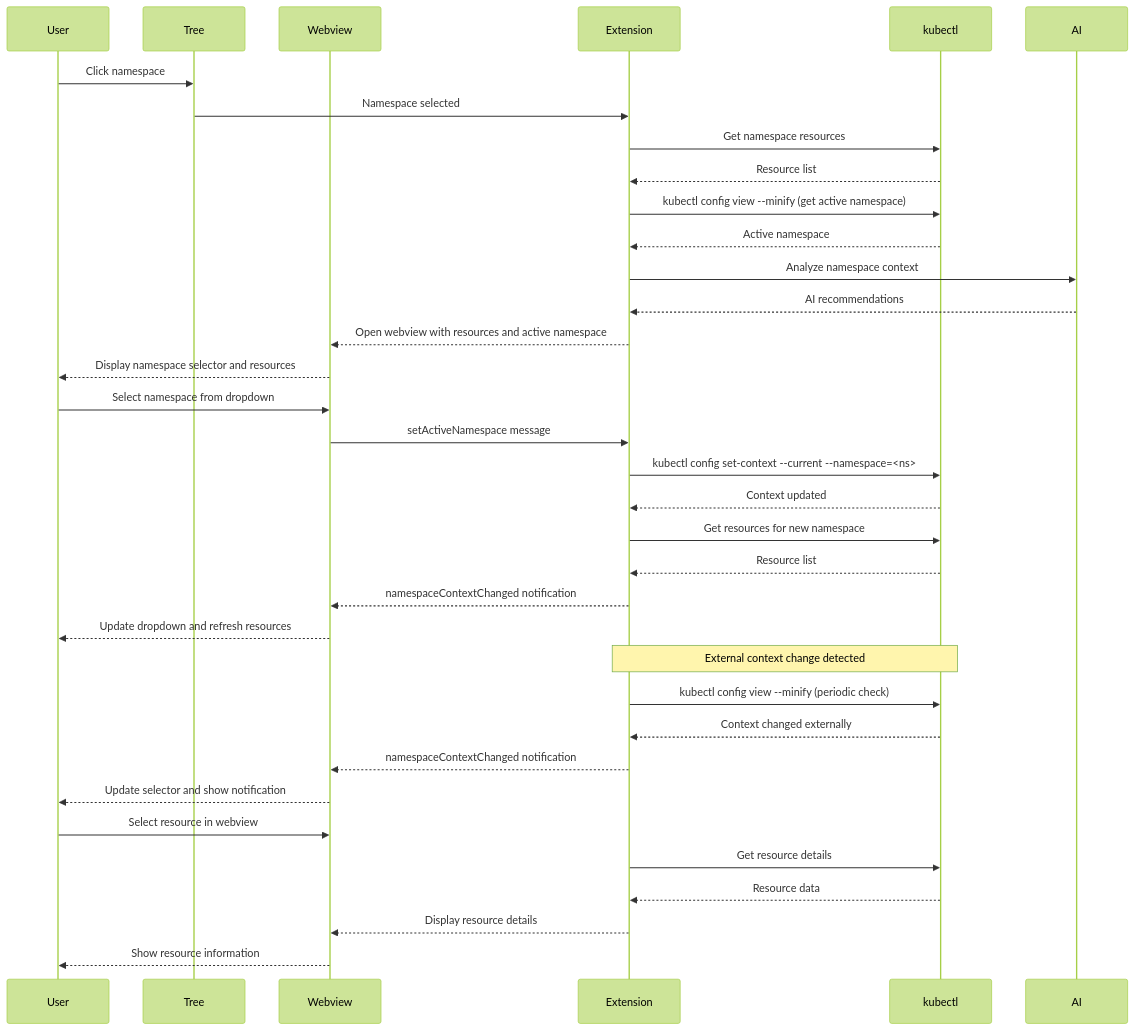
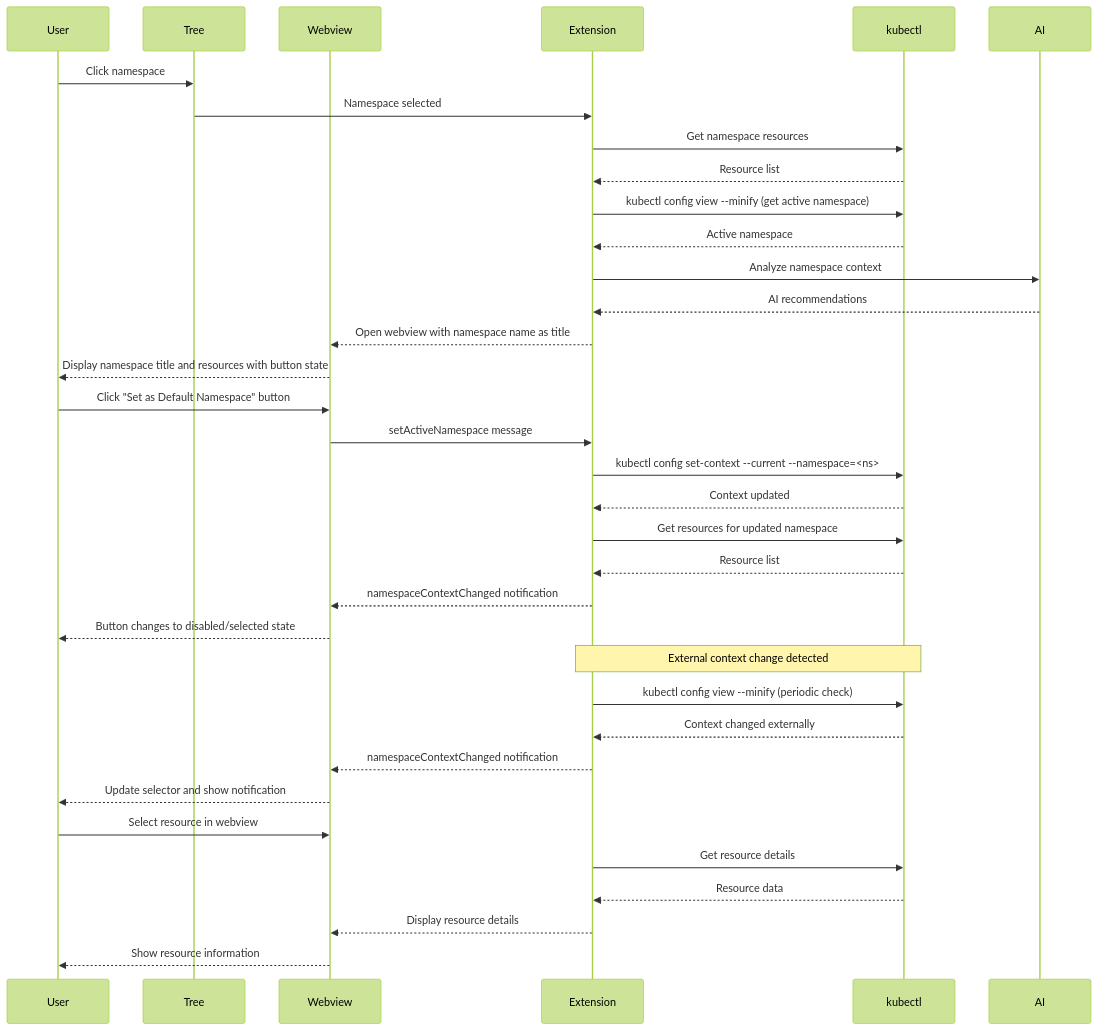
The second of 2 diagrams in ai/specs/webview/webview-spec.spec.md (alto9/kandy), drawn with Mermaid (forest theme) before and after one commit. The commit also changed other lines of this file and 14 other files, not shown here.

````diff
--- a/ai/specs/webview/webview-spec.spec.md
+++ b/ai/specs/webview/webview-spec.spec.md
@@ -47,41 +49,41 @@
 ```mermaid
 sequenceDiagram
     participant User
     participant Tree
     participant Webview
     participant Extension
     participant kubectl
     participant AI
 
     User->>Tree: Click namespace
     Tree->>Extension: Namespace selected
     Extension->>kubectl: Get namespace resources
     kubectl-->>Extension: Resource list
     Extension->>kubectl: kubectl config view --minify (get active namespace)
     kubectl-->>Extension: Active namespace
     Extension->>AI: Analyze namespace context
     AI-->>Extension: AI recommendations
-    Extension-->>Webview: Open webview with resources and active namespace
-    Webview-->>User: Display namespace selector and resources
+    Extension-->>Webview: Open webview with namespace name as title
+    Webview-->>User: Display namespace title and resources with button state
     
-    User->>Webview: Select namespace from dropdown
+    User->>Webview: Click "Set as Default Namespace" button
     Webview->>Extension: setActiveNamespace message
     Extension->>kubectl: kubectl config set-context --current --namespace=<ns>
     kubectl-->>Extension: Context updated
-    Extension->>kubectl: Get resources for new namespace
+    Extension->>kubectl: Get resources for updated namespace
     kubectl-->>Extension: Resource list
     Extension-->>Webview: namespaceContextChanged notification
-    Webview-->>User: Update dropdown and refresh resources
+    Webview-->>User: Button changes to disabled/selected state
     
     Note over Extension,kubectl: External context change detected
     Extension->>kubectl: kubectl config view --minify (periodic check)
     kubectl-->>Extension: Context changed externally
     Extension-->>Webview: namespaceContextChanged notification
     Webview-->>User: Update selector and show notification
     
     User->>Webview: Select resource in webview
     Extension->>kubectl: Get resource details
     kubectl-->>Extension: Resource data
     Extension-->>Webview: Display resource details
     Webview-->>User: Show resource information
 ```
````
